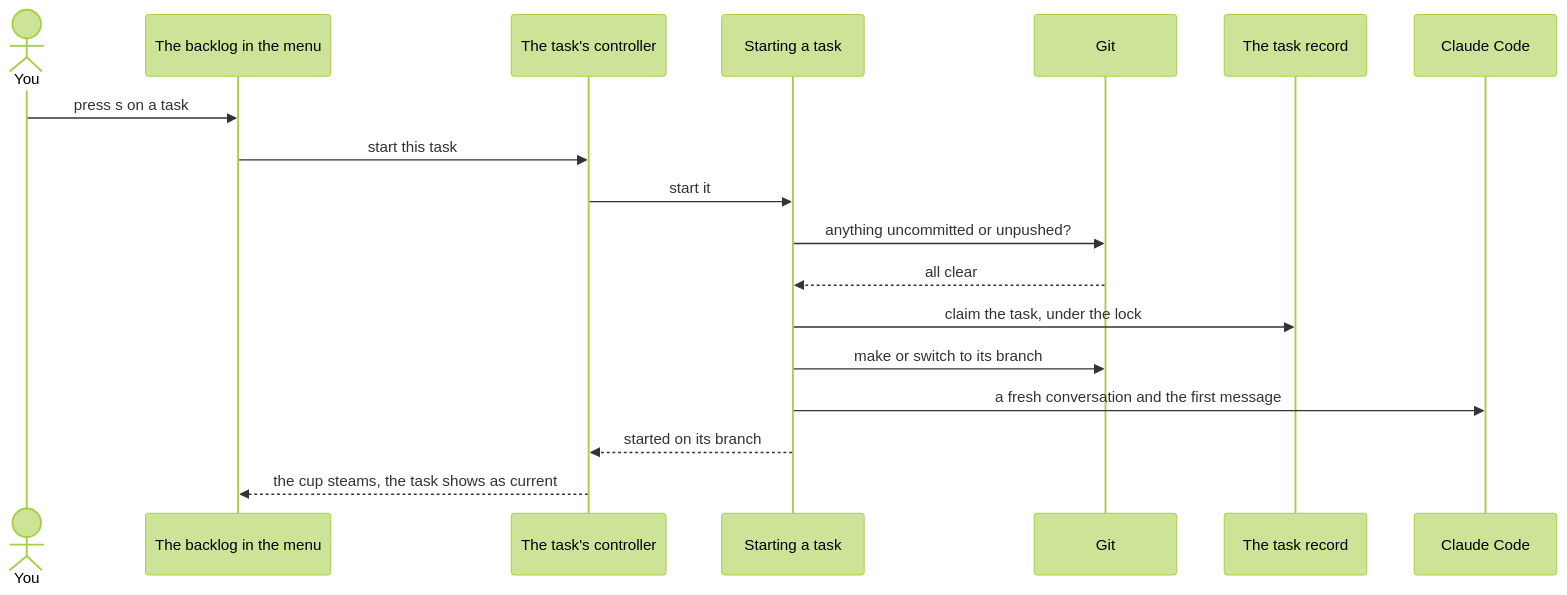
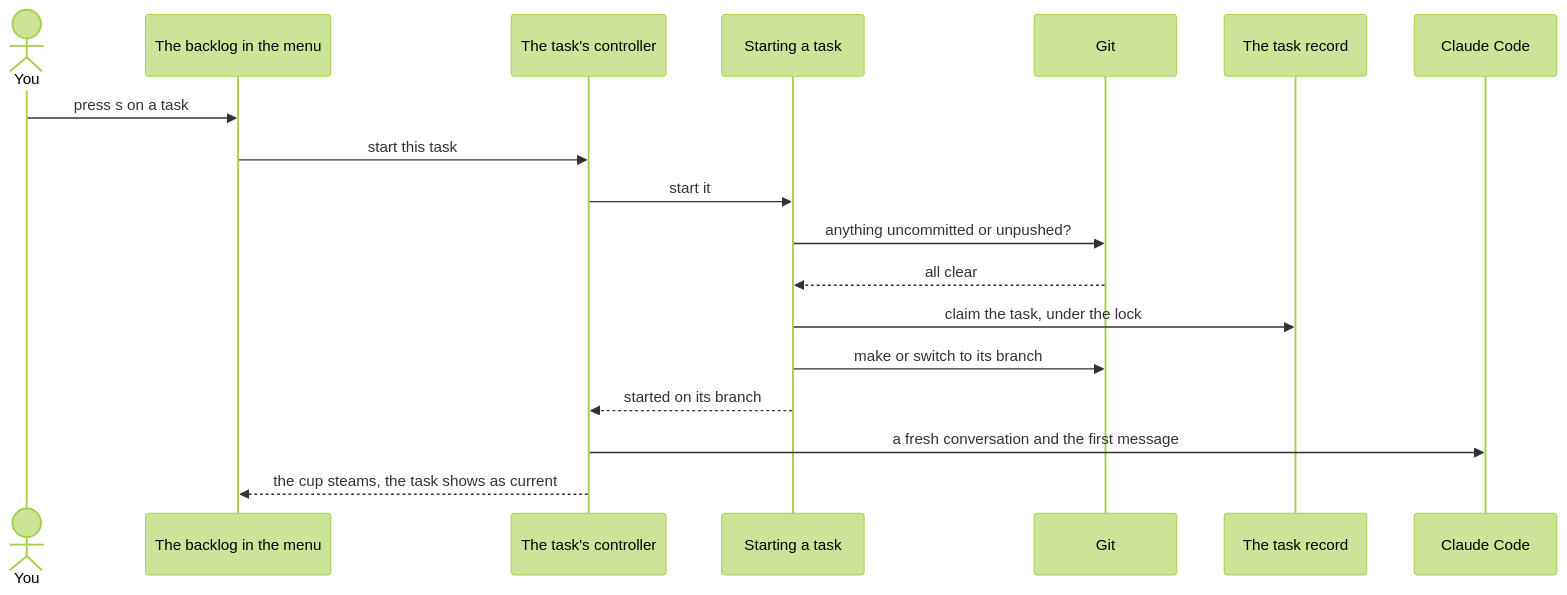
Before and after one commit to whoseunassailable/queue-tea: the second of 3 diagrams in docs/architecture.md, drawn with Mermaid (forest theme). The commit also changed other lines of this file and 83 other files, not shown here.

````diff
--- a/docs/architecture.md
+++ b/docs/architecture.md
@@ -79,20 +79,20 @@
 ```mermaid
 sequenceDiagram
   actor You
   participant Menu as The backlog in the menu
   participant Task as The task's controller
   participant Start as Starting a task
   participant Git as Git
   participant Record as The task record
   participant Claude as Claude Code
   You->>Menu: press s on a task
   Menu->>Task: start this task
   Task->>Start: start it
   Start->>Git: anything uncommitted or unpushed?
   Git-->>Start: all clear
   Start->>Record: claim the task, under the lock
   Start->>Git: make or switch to its branch
-  Start->>Claude: a fresh conversation and the first message
   Start-->>Task: started on its branch
+  Task->>Claude: a fresh conversation and the first message
   Task-->>Menu: the cup steams, the task shows as current
 ```
````
